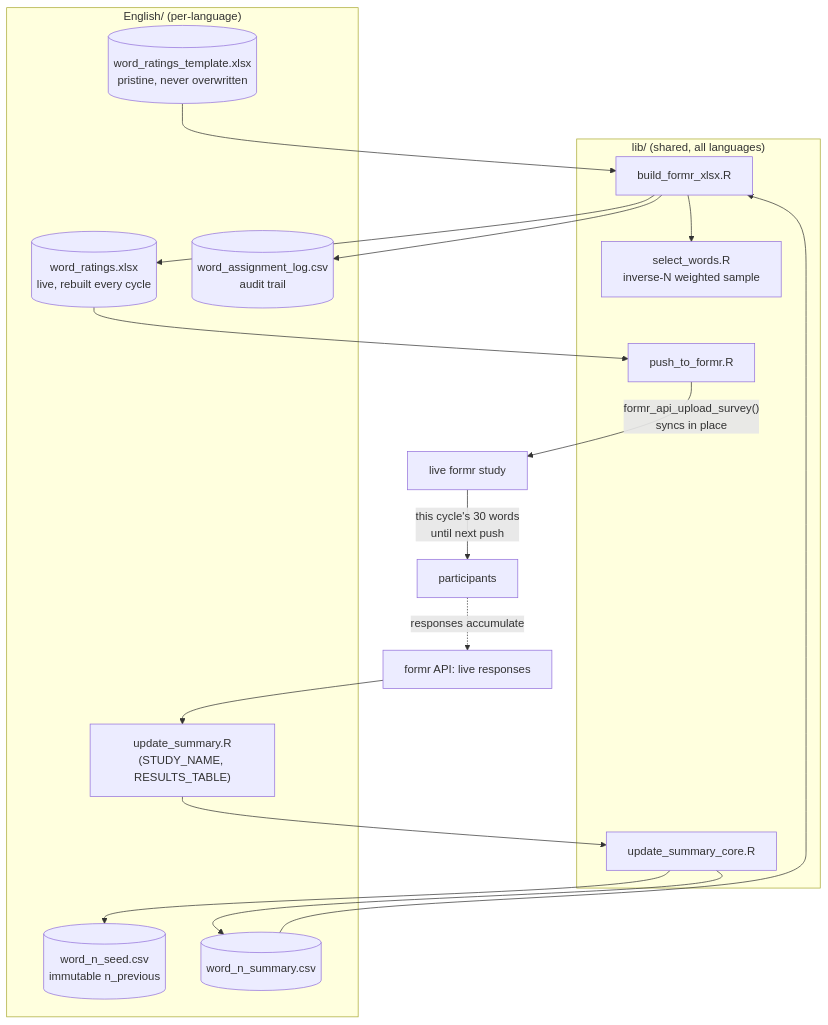
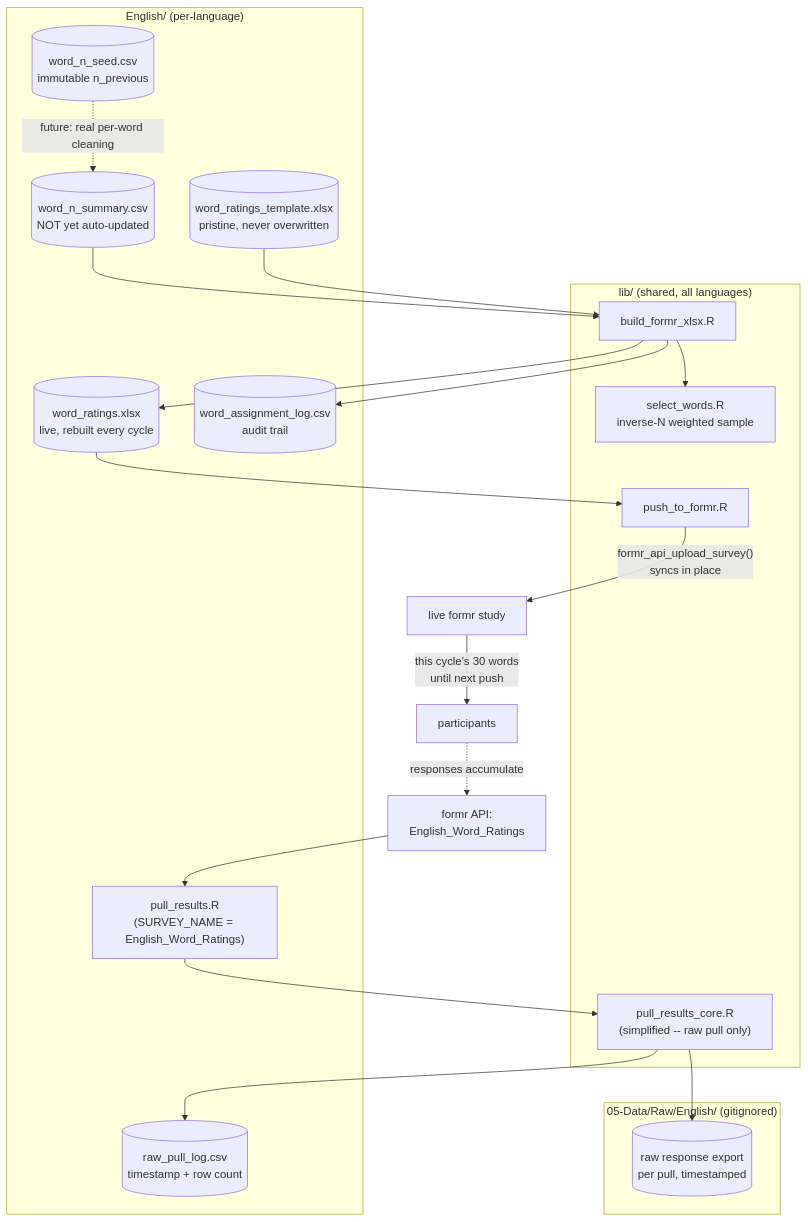
The diagram in 02-Task/English/README.md (many-languages/ManyUses), drawn with Mermaid before and after one commit. The commit also changed other lines of this file and 10 other files, not shown here.

First line of the commit message:
Simplify formr results pull, wire in real study identifiers

````diff
--- a/02-Task/English/README.md
+++ b/02-Task/English/README.md
@@ -33,32 +47,38 @@
 ```mermaid
 flowchart TD
     subgraph shared["lib/ (shared, all languages)"]
         selwords["select_words.R\ninverse-N weighted sample"]
         buildxlsx["build_formr_xlsx.R"]
         pushfmr["push_to_formr.R"]
-        usumcore["update_summary_core.R"]
+        pullcore["pull_results_core.R\n(simplified -- raw pull only)"]
     end
 
     subgraph eng["English/ (per-language)"]
-        usum["update_summary.R\n(STUDY_NAME, RESULTS_TABLE)"]
+        pull["pull_results.R\n(SURVEY_NAME = English_Word_Ratings)"]
         wnseed[("word_n_seed.csv\nimmutable n_previous")]
-        wnsum[("word_n_summary.csv")]
+        wnsum[("word_n_summary.csv\nNOT yet auto-updated")]
+        pulllog[("raw_pull_log.csv\ntimestamp + row count")]
         template[("word_ratings_template.xlsx\npristine, never overwritten")]
         ratings[("word_ratings.xlsx\nlive, rebuilt every cycle")]
         log[("word_assignment_log.csv\naudit trail")]
     end
 
-    formrapi["formr API: live responses"] --> usum
-    usum --> usumcore
-    usumcore --> wnseed
-    usumcore --> wnsum
+    subgraph data["05-Data/Raw/English/ (gitignored)"]
+        rawcsv[("raw response export\nper pull, timestamped")]
+    end
+
+    formrapi["formr API:\nEnglish_Word_Ratings"] --> pull
+    pull --> pullcore
+    pullcore --> rawcsv
+    pullcore --> pulllog
+    wnseed -.->|"future: real per-word cleaning"| wnsum
     wnsum --> buildxlsx
     buildxlsx --> selwords
     template --> buildxlsx
     buildxlsx --> ratings
     buildxlsx --> log
     ratings --> pushfmr
     pushfmr -->|"formr_api_upload_survey()\nsyncs in place"| formrstudy["live formr study"]
     formrstudy -->|"this cycle's 30 words\nuntil next push"| participants["participants"]
     participants -.->|"responses accumulate"| formrapi
 ```
````
